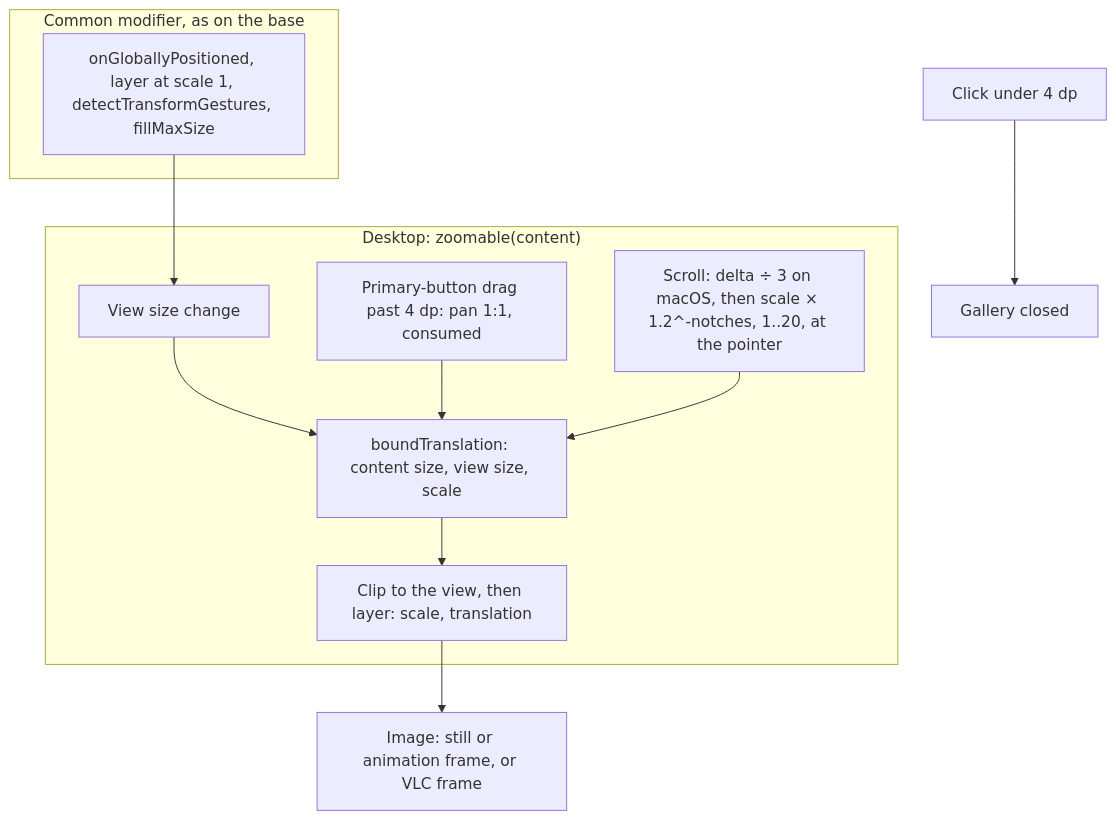
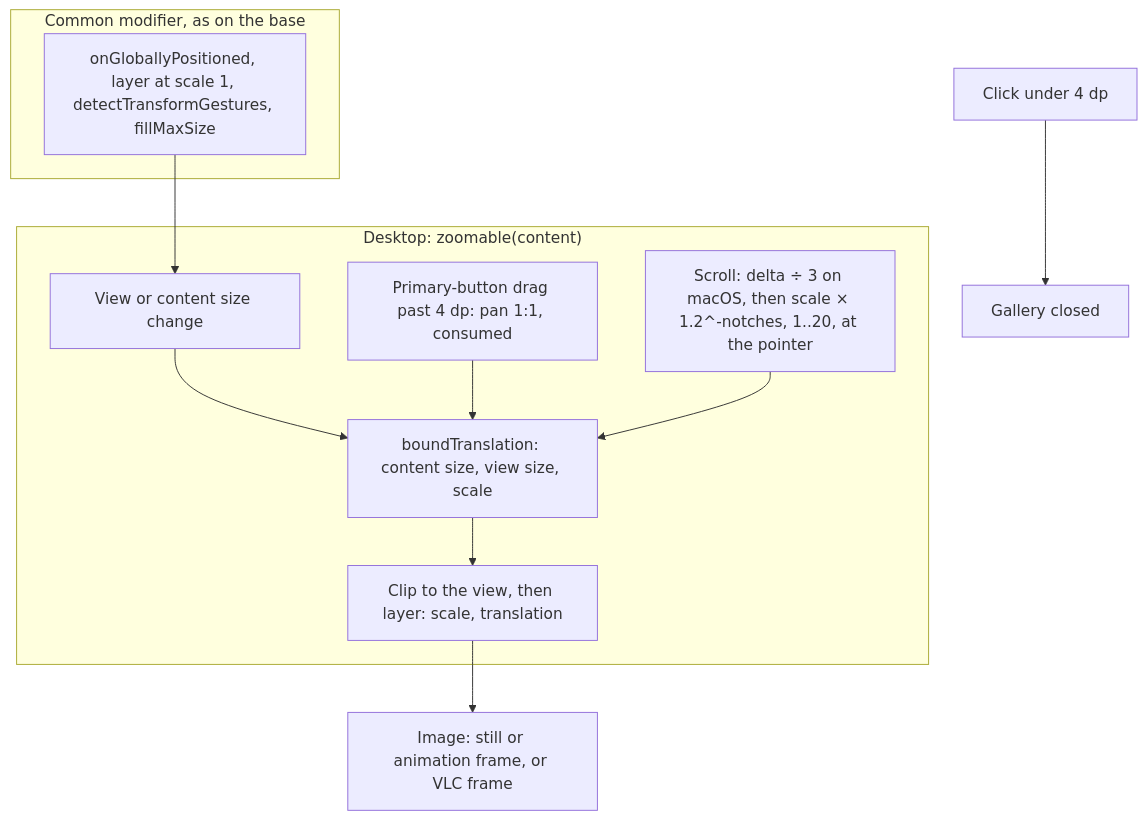
The diagram in plans/2026-11-15-desktop-image-zoom.md (simplex-chat/simplex-chat), drawn with Mermaid before and after one commit. The commit also changed other lines of this file, not shown here.

````diff
--- a/plans/2026-11-15-desktop-image-zoom.md
+++ b/plans/2026-11-15-desktop-image-zoom.md
@@ -25,15 +25,15 @@
 ```mermaid
 flowchart TD
   subgraph Common["Common modifier, as on the base"]
     C["onGloballyPositioned, layer at scale 1, detectTransformGestures, fillMaxSize"]
   end
   subgraph Zoomable["Desktop: zoomable(content)"]
-    S[View size change] --> B
+    S[View or content size change] --> B
     D["Primary-button drag past 4 dp: pan 1:1, consumed"] --> B
     W["Scroll: delta ÷ 3 on macOS, then scale × 1.2^-notches, 1..20, at the pointer"] --> B
     B["boundTranslation: content size, view size, scale"] --> L["Clip to the view, then layer: scale, translation"]
   end
   C --> S
   L --> I["Image: still or animation frame, or VLC frame"]
   K[Click under 4 dp] --> X[Gallery closed]
 ```
````
